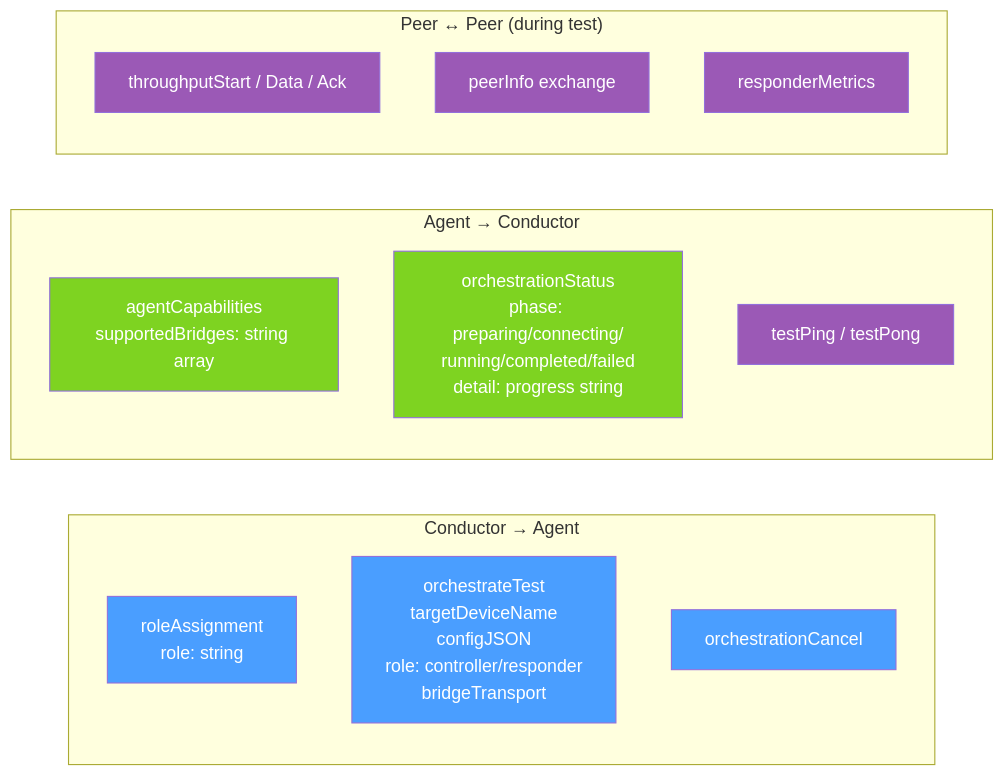
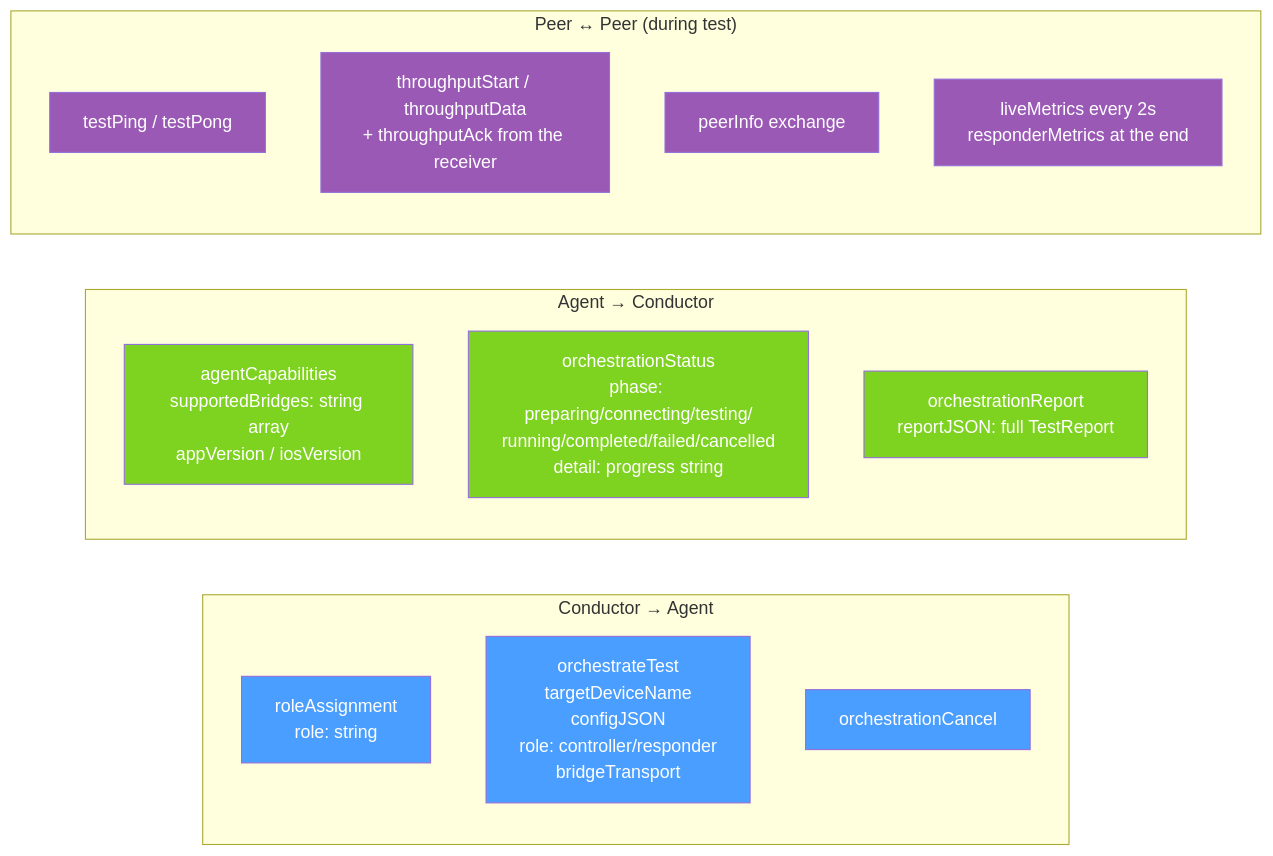
Before and after one commit to chrlyons/iPadDx: diagram 11 of 11 in docs/current_architecture.md, drawn with Mermaid. The commit also changed other lines of this file and 61 other files, not shown here.

````diff
--- a/docs/current_architecture.md
+++ b/docs/current_architecture.md
@@ -447,31 +582,32 @@
 ```mermaid
 flowchart LR
     subgraph "Conductor → Agent"
         M1[roleAssignment<br/>role: string]
         M2[orchestrateTest<br/>targetDeviceName<br/>configJSON<br/>role: controller/responder<br/>bridgeTransport]
         M3[orchestrationCancel]
     end
 
     subgraph "Agent → Conductor"
-        M4[agentCapabilities<br/>supportedBridges: string array]
-        M5[orchestrationStatus<br/>phase: preparing/connecting/<br/>running/completed/failed<br/>detail: progress string]
+        M4[agentCapabilities<br/>supportedBridges: string array<br/>appVersion / iosVersion]
+        M5[orchestrationStatus<br/>phase: preparing/connecting/testing/<br/>running/completed/failed/cancelled<br/>detail: progress string]
         M6[orchestrationReport<br/>reportJSON: full TestReport]
     end
 
     subgraph "Peer ↔ Peer (during test)"
-        M6[testPing / testPong]
-        M7[throughputStart / Data / Ack]
-        M8[peerInfo exchange]
-        M9[responderMetrics]
+        M7[testPing / testPong]
+        M8[throughputStart / throughputData<br/>+ throughputAck from the receiver]
+        M9[peerInfo exchange]
+        M10[liveMetrics every 2s<br/>responderMetrics at the end]
     end
 
     style M1 fill:#4a9eff,color:#fff
     style M2 fill:#4a9eff,color:#fff
     style M3 fill:#4a9eff,color:#fff
     style M4 fill:#7ed321,color:#fff
     style M5 fill:#7ed321,color:#fff
-    style M6 fill:#9b59b6,color:#fff
+    style M6 fill:#7ed321,color:#fff
     style M7 fill:#9b59b6,color:#fff
     style M8 fill:#9b59b6,color:#fff
     style M9 fill:#9b59b6,color:#fff
+    style M10 fill:#9b59b6,color:#fff
 ```
````
